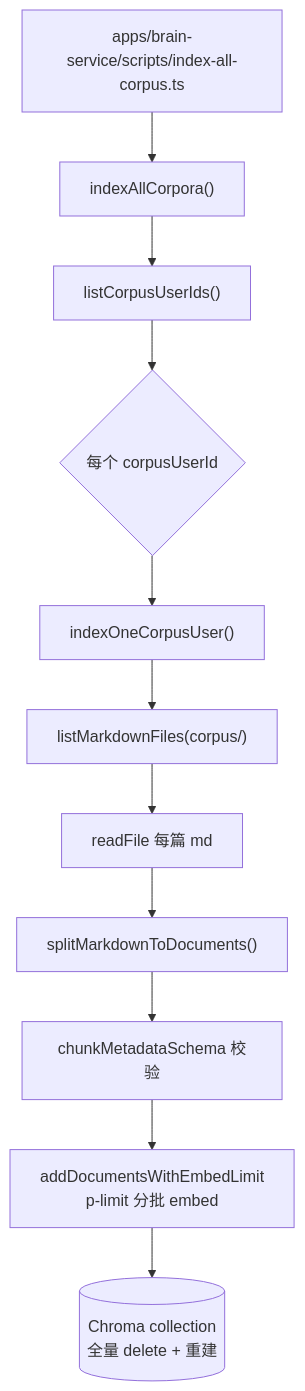
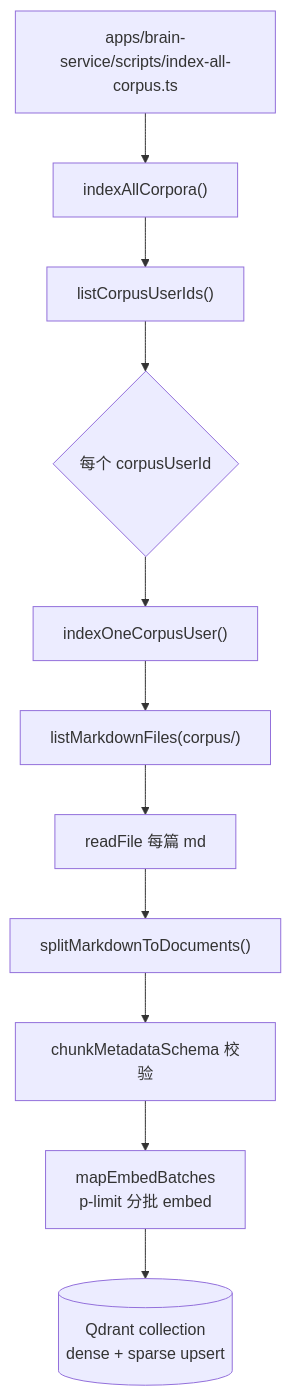
The third of 12 diagrams in docs/02-agent-flows.md (panzhanfei/agent), drawn with Mermaid before and after one commit. The commit also changed other lines of this file and 69 other files, not shown here.

Commit message:
语料和 mem0 从 chroma 迁到 qdrant，拆掉 chroma 运行时

````diff
--- a/docs/02-agent-flows.md
+++ b/docs/02-agent-flows.md
@@ -190,13 +189,13 @@
 ```mermaid
 flowchart TD
   CLI["apps/brain-service/scripts/index-all-corpus.ts"] --> ALL["indexAllCorpora()"]
   ALL --> LISTU["listCorpusUserIds()"]
   LISTU --> LOOP{每个 corpusUserId}
   LOOP --> ONE["indexOneCorpusUser()"]
   ONE --> SCAN["listMarkdownFiles(corpus/)"]
   SCAN --> READ["readFile 每篇 md"]
   READ --> SPLIT["splitMarkdownToDocuments()"]
   SPLIT --> META["chunkMetadataSchema 校验"]
-  META --> EMBED["addDocumentsWithEmbedLimit<br/>p-limit 分批 embed"]
-  EMBED --> CHROMA[("Chroma collection<br/>全量 delete + 重建")]
+  META --> EMBED["mapEmbedBatches<br/>p-limit 分批 embed"]
+  EMBED --> QDRANT[("Qdrant collection<br/>dense + sparse upsert")]
 ```
````
